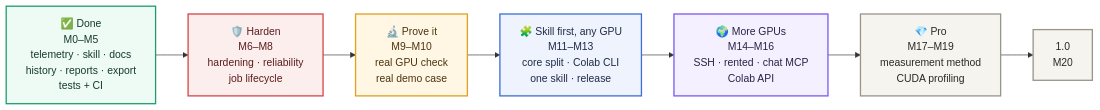
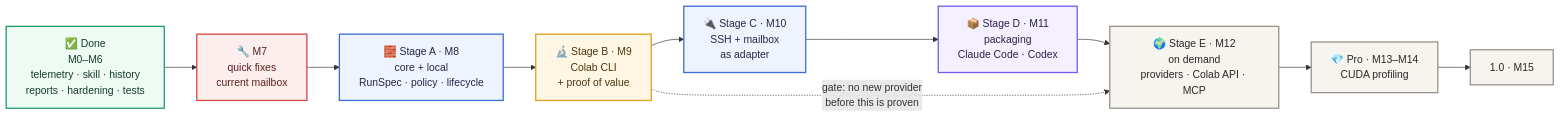
Before and after one commit to SergeyChere/MeetProxy: the diagram in ROADMAP.md, drawn with Mermaid. The commit also changed other lines of this file and 3 other files, not shown here.

````diff
--- a/ROADMAP.md
+++ b/ROADMAP.md
@@ -6,24 +8,27 @@
 ```mermaid
 flowchart LR
-    D["✅ Done<br/>M0–M5<br/>telemetry · skill · docs<br/>history · reports · export<br/>tests + CI"]
-    F["🛡️ Harden<br/>M6–M8<br/>hardening · reliability<br/>job lifecycle"]
-    P["🔬 Prove it<br/>M9–M10<br/>real GPU check<br/>real demo case"]
-    A["🧩 Skill first, any GPU<br/>M11–M13<br/>core split · Colab CLI<br/>one skill · release"]
-    R["🌍 More GPUs<br/>M14–M16<br/>SSH · rented · chat MCP<br/>Colab API"]
-    PRO["💎 Pro<br/>M17–M19<br/>measurement method<br/>CUDA profiling"]
-    V1["1.0<br/>M20"]
-    D --> F --> P --> A --> R --> PRO --> V1
+    D["✅ Done<br/>M0–M6<br/>telemetry · skill · history<br/>reports · hardening · tests"]
+    Q["🔧 M7<br/>quick fixes<br/>current mailbox"]
+    A["🧱 Stage A · M8<br/>core + local<br/>RunSpec · policy · lifecycle"]
+    B["🔬 Stage B · M9<br/>Colab CLI<br/>+ proof of value"]
+    C["🔌 Stage C · M10<br/>SSH + mailbox<br/>as adapter"]
+    DD["📦 Stage D · M11<br/>packaging<br/>Claude Code · Codex"]
+    E["🌍 Stage E · M12<br/>on demand<br/>providers · Colab API · MCP"]
+    PRO["💎 Pro · M13–M14<br/>CUDA profiling"]
+    V1["1.0 · M15"]
+    D --> Q --> A --> B --> C --> DD --> E --> PRO --> V1
+    B -. "gate: no new provider<br/>before this is proven" .-> E
 
     classDef done fill:#eefaf4,stroke:#1f9d6b,stroke-width:2px,color:#163b2c
     classDef fix fill:#fdeeee,stroke:#d64545,stroke-width:2px,color:#5a1d1d
+    classDef core fill:#eef3fd,stroke:#3b6fd8,stroke-width:2px,color:#1f2a44
     classDef prove fill:#fff6e3,stroke:#e0a020,stroke-width:2px,color:#4a3510
-    classDef auto fill:#eef3fd,stroke:#3b6fd8,stroke-width:2px,color:#1f2a44
     classDef rel fill:#f4f0ff,stroke:#7a5af0,stroke-width:2px,color:#2a2244
     classDef later fill:#f6f4ef,stroke:#9a948a,stroke-width:2px,color:#2b2925
     class D done
-    class F fix
-    class P prove
-    class A auto
-    class R rel
-    class PRO,V1 later
+    class Q fix
+    class A,C core
+    class B prove
+    class DD rel
+    class E,PRO,V1 later
 ```
````
